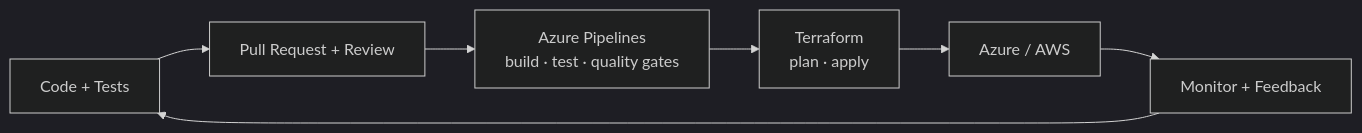
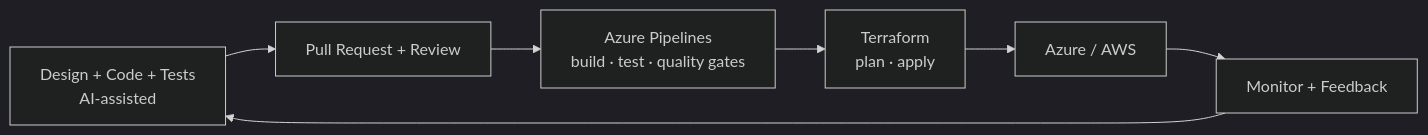
One commit to Ikeracevedo/Ikeracevedo changed the diagram in README.md. Above: the diagram before and after it, drawn with Mermaid (dark theme). The commit also changed other lines of this file, not shown here.

````diff
--- a/README.md
+++ b/README.md
@@ -63,9 +79,9 @@
 ```mermaid
 flowchart LR
-    A[Code + Tests] --> B[Pull Request + Review]
+    A[Design + Code + Tests<br/>AI-assisted] --> B[Pull Request + Review]
     B --> C[Azure Pipelines<br/>build · test · quality gates]
     C --> D[Terraform<br/>plan · apply]
     D --> E[Azure / AWS]
     E --> F[Monitor + Feedback]
     F --> A
 ```
````
